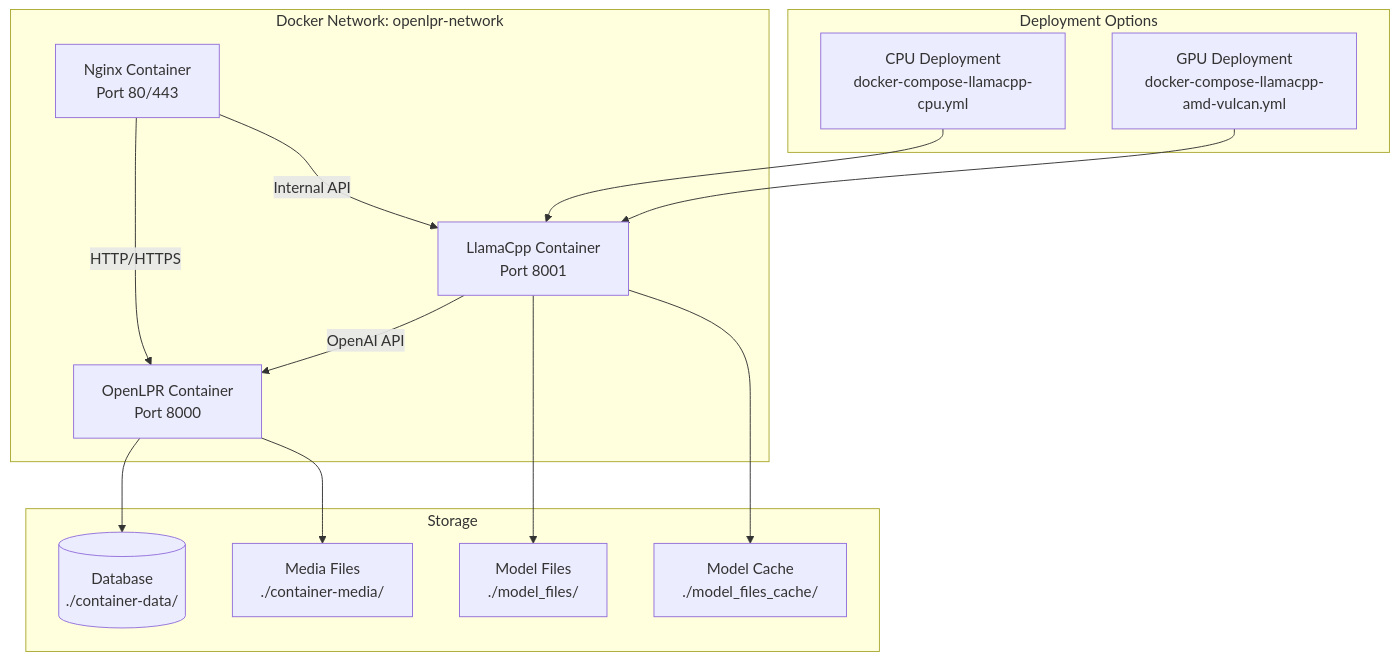
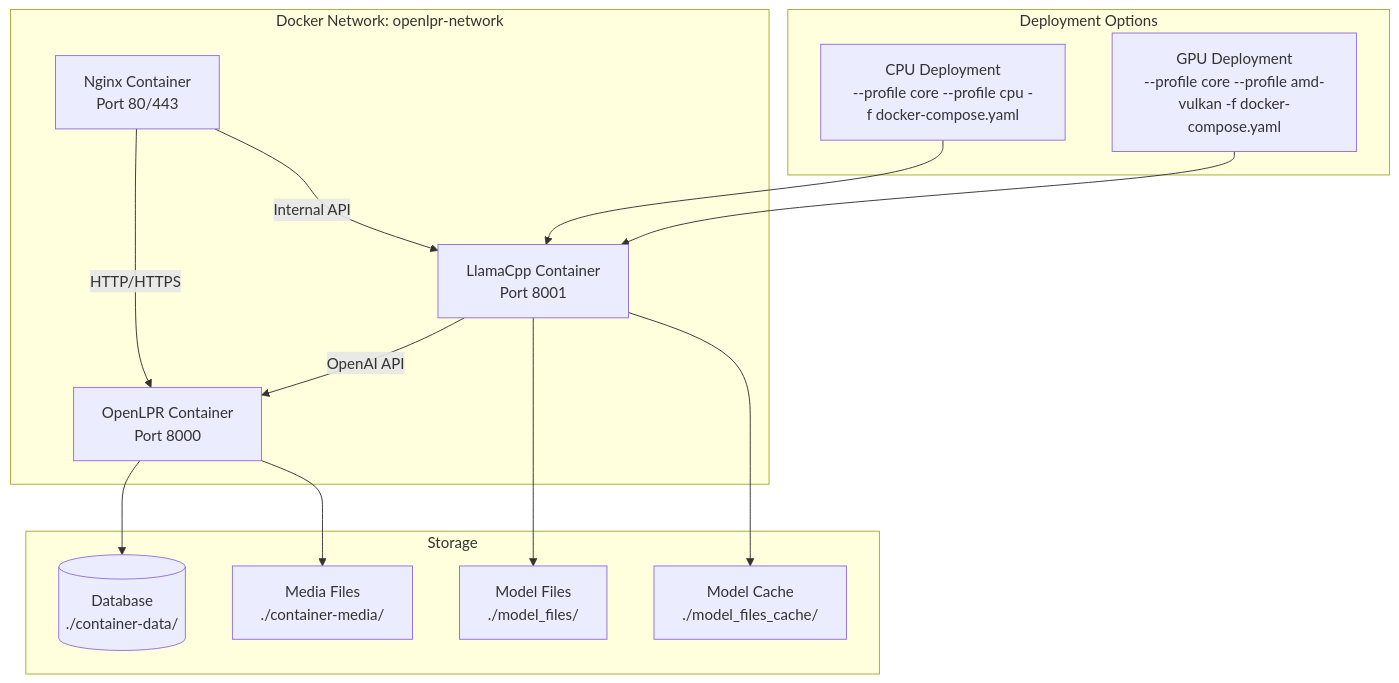
The diagram in README-llamacpp.md (faisalthaheem/open-lpr), drawn with Mermaid before and after one commit. The commit also changed other lines of this file and 80 other files, not shown here.

````diff
--- a/README-llamacpp.md
+++ b/README-llamacpp.md
@@ -33,31 +33,31 @@
 ```mermaid
 graph TB
     subgraph "Deployment Options"
-        CPU[CPU Deployment<br/>docker-compose-llamacpp-cpu.yml]
-        GPU[GPU Deployment<br/>docker-compose-llamacpp-amd-vulcan.yml]
+        CPU[CPU Deployment<br/>--profile core --profile cpu -f docker-compose.yaml]
+        GPU[GPU Deployment<br/>--profile core --profile amd-vulkan -f docker-compose.yaml]
     end
     
     subgraph "Docker Network: openlpr-network"
         LC[LlamaCpp Container<br/>Port 8001]
         OL[OpenLPR Container<br/>Port 8000]
         NG[Nginx Container<br/>Port 80/443]
         
         LC --> |OpenAI API| OL
         NG --> |HTTP/HTTPS| OL
         NG --> |Internal API| LC
     end
     
     subgraph "Storage"
         MF[Model Files<br/>./model_files/]
         MC[Model Cache<br/>./model_files_cache/]
         DB[(Database<br/>./container-data/)]
         MD[Media Files<br/>./container-media/]
     end
     
     CPU --> LC
     GPU --> LC
     LC --> MF
     LC --> MC
     OL --> DB
     OL --> MD
 ```
````
